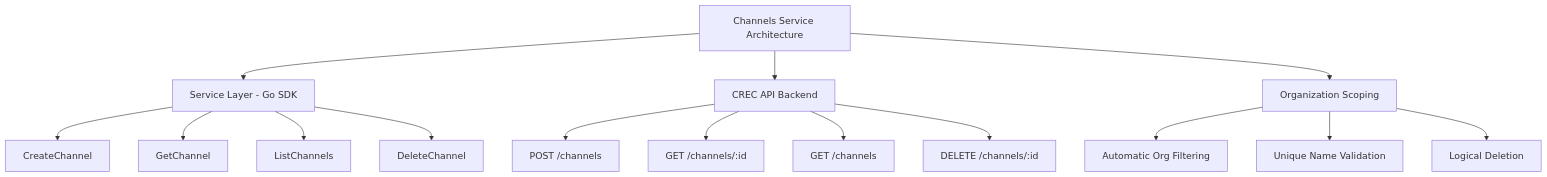
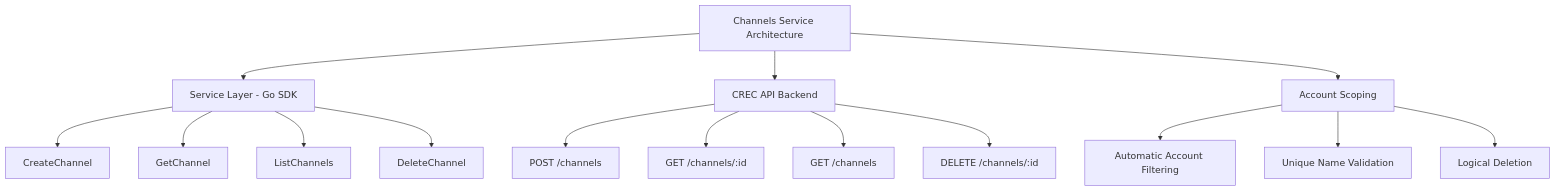
Before and after one commit to smartcontractkit/crec-sdk: the diagram in services/channels/README.md, drawn with Mermaid. The commit also changed other lines of this file and 4 other files, not shown here.

````diff
--- a/services/channels/README.md
+++ b/services/channels/README.md
@@ -34,20 +34,20 @@
 ```mermaid
 graph TD
     A[Channels Service Architecture] --> B[Service Layer - Go SDK]
     A --> C[CREC API Backend]
-    A --> D[Organization Scoping]
+    A --> D[Account Scoping]
 
     B --> B1[CreateChannel]
     B --> B2[GetChannel]
     B --> B3[ListChannels]
     B --> B4[DeleteChannel]
 
     C --> C1[POST /channels]
     C --> C2[GET /channels/:id]
     C --> C3[GET /channels]
     C --> C4[DELETE /channels/:id]
 
-    D --> D1[Automatic Org Filtering]
+    D --> D1[Automatic Account Filtering]
     D --> D2[Unique Name Validation]
     D --> D3[Logical Deletion]
 ```
````
